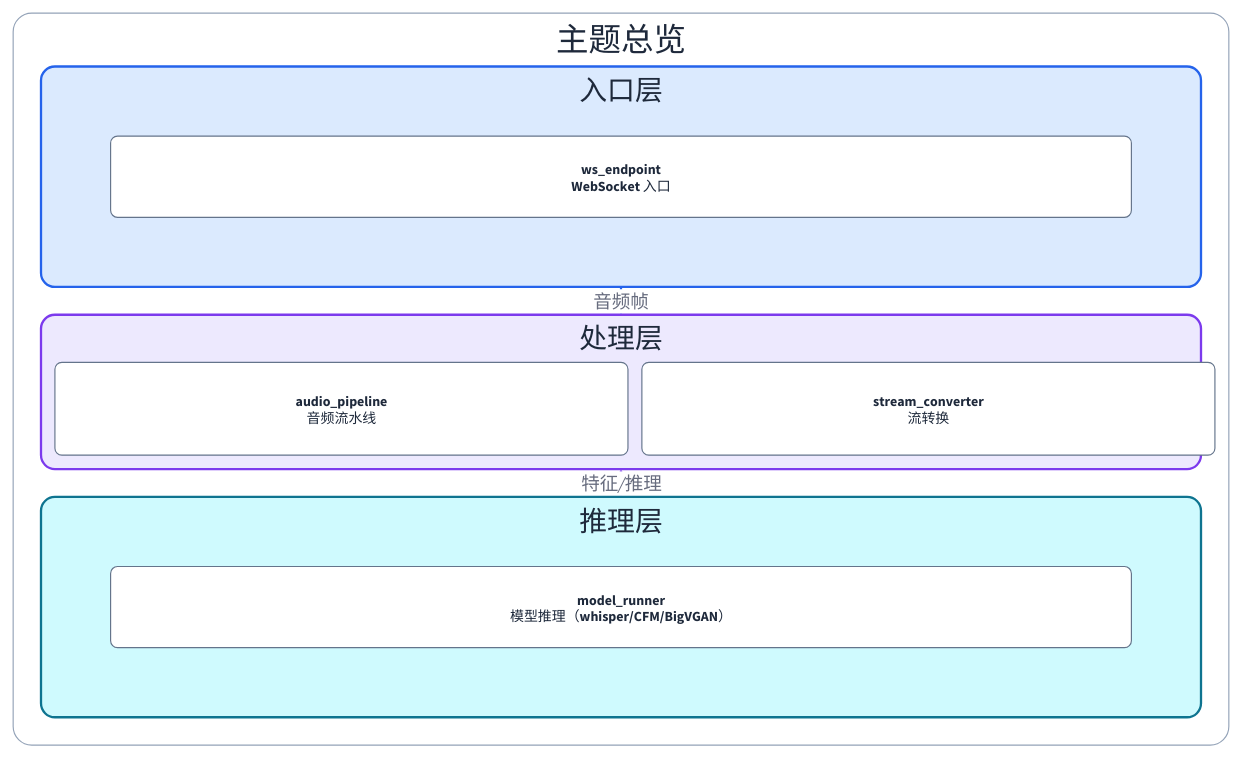
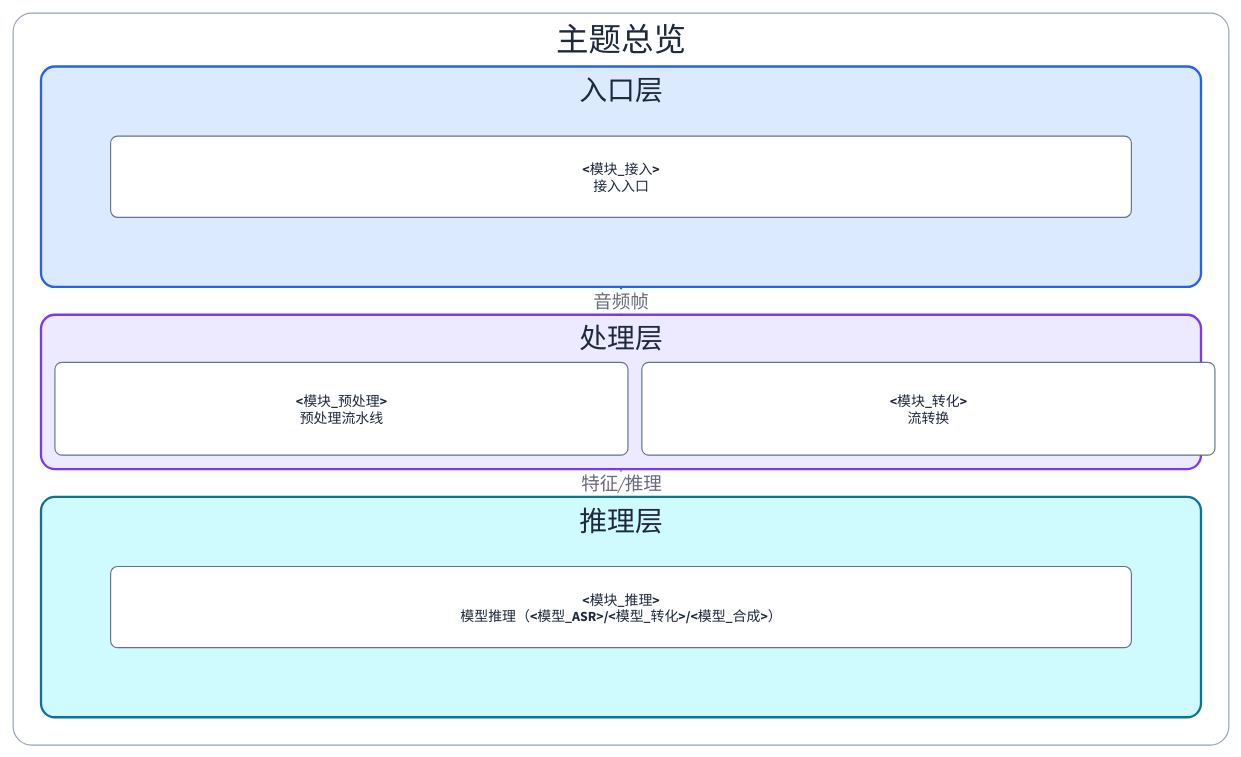
The second of 2 diagrams in skills/doc-arch-rules/references/templates/L2/deep-dives/DEEP-DIVE.template.md (syllr/skills), drawn with D2 before and after one commit. The commit also changed other lines of this file and 11 other files, not shown here.

````diff
--- a/skills/doc-arch-rules/references/templates/L2/deep-dives/DEEP-DIVE.template.md
+++ b/skills/doc-arch-rules/references/templates/L2/deep-dives/DEEP-DIVE.template.md
@@ -83,71 +83,68 @@
 ```d2
-# 图标准元信息
-# 图名: <主题> 总览（容器图）
-# 视角: 架构详情（deep-dive）
-# 说明: 只画与本主题相关的容器/模块
+# 图名: <主题> 总览（容器图）· 视角: 架构详情（deep-dive）· 只画与本主题相关的容器/模块
 
 vars: {
   d2-config: {
     layout-engine: elk
   }
 }
 
 主题总览: {
   grid-rows: 1
   grid-columns: 1
   grid-gap: 24
   style.fill: "#ffffff"
   style.font-color: "#1e293b"
   style.stroke: "#94a3b8"
   style.stroke-width: 1
   style.border-radius: 16
 
   入口层: {
     label: "入口层"
     width: 1000
     style.fill: "#dbeafe"
     style.font-color: "#1e293b"
     style.stroke: "#2563eb"
     style.stroke-width: 2
     style.border-radius: 12
     grid-columns: 1
-    e1: { label: "ws_endpoint\nWebSocket 入口"; width: 880; height: 70; class: mod }
+    e1: { label: "<模块_接入>\n接入入口"; width: 880; height: 70; class: mod }
   }
 
   处理层: {
     label: "处理层"
     width: 1000
     style.fill: "#ede9fe"
     style.font-color: "#1e293b"
     style.stroke: "#7c3aed"
     style.stroke-width: 2
     style.border-radius: 12
     grid-columns: 2
     grid-gap: 12
-    p1: { label: "audio_pipeline\n音频流水线"; width: 494; height: 80; class: mod }
-    p2: { label: "stream_converter\n流转换"; width: 494; height: 80; class: mod }
+    p1: { label: "<模块_预处理>\n预处理流水线"; width: 494; height: 80; class: mod }
+    p2: { label: "<模块_转化>\n流转换"; width: 494; height: 80; class: mod }
   }
 
   推理层: {
     label: "推理层"
     width: 1000
     style.fill: "#cffafe"
     style.font-color: "#1e293b"
     style.stroke: "#0e7490"
     style.stroke-width: 2
     style.border-radius: 12
     grid-columns: 1
-    m1: { label: "model_runner\n模型推理（whisper/CFM/BigVGAN）"; width: 880; height: 70; class: mod }
+    m1: { label: "<模块_推理>\n模型推理（<模型_ASR>/<模型_转化>/<模型_合成>）"; width: 880; height: 70; class: mod }
   }
 }
 
 # 层间调用（完整路径，避免静默重复节点）
 主题总览.入口层 -> 主题总览.处理层: 音频帧 { style.stroke: "#2563eb" }
 主题总览.处理层 -> 主题总览.推理层: 特征/推理 { style.stroke: "#7c3aed" }
 
 classes: {
   mod: {
     style: { border-radius: 6; fill: "#ffffff"; stroke: "#64748b"; stroke-width: 1; font-size: 12; font-color: "#1e293b" }
   }
 }
 ```
````
